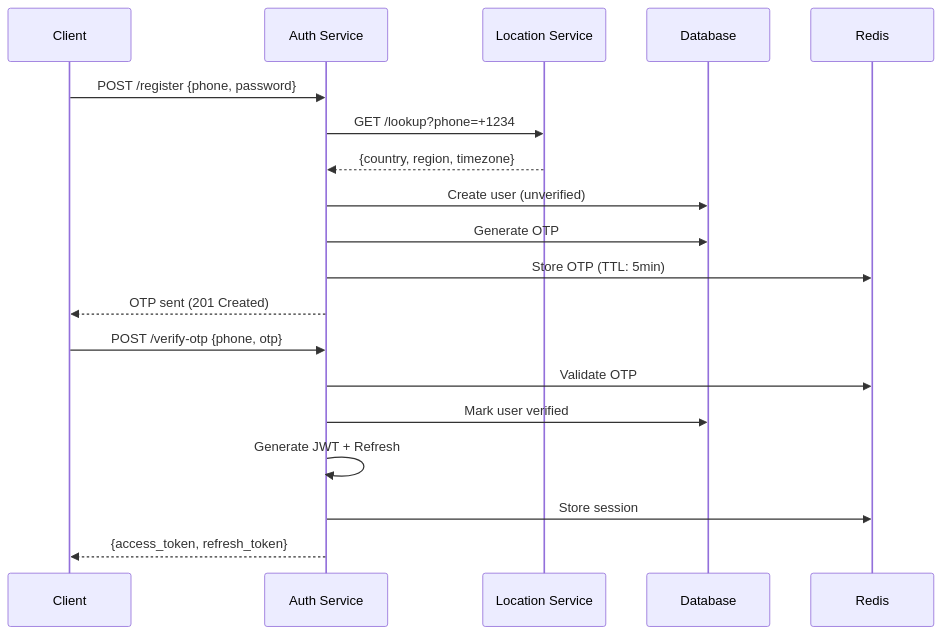
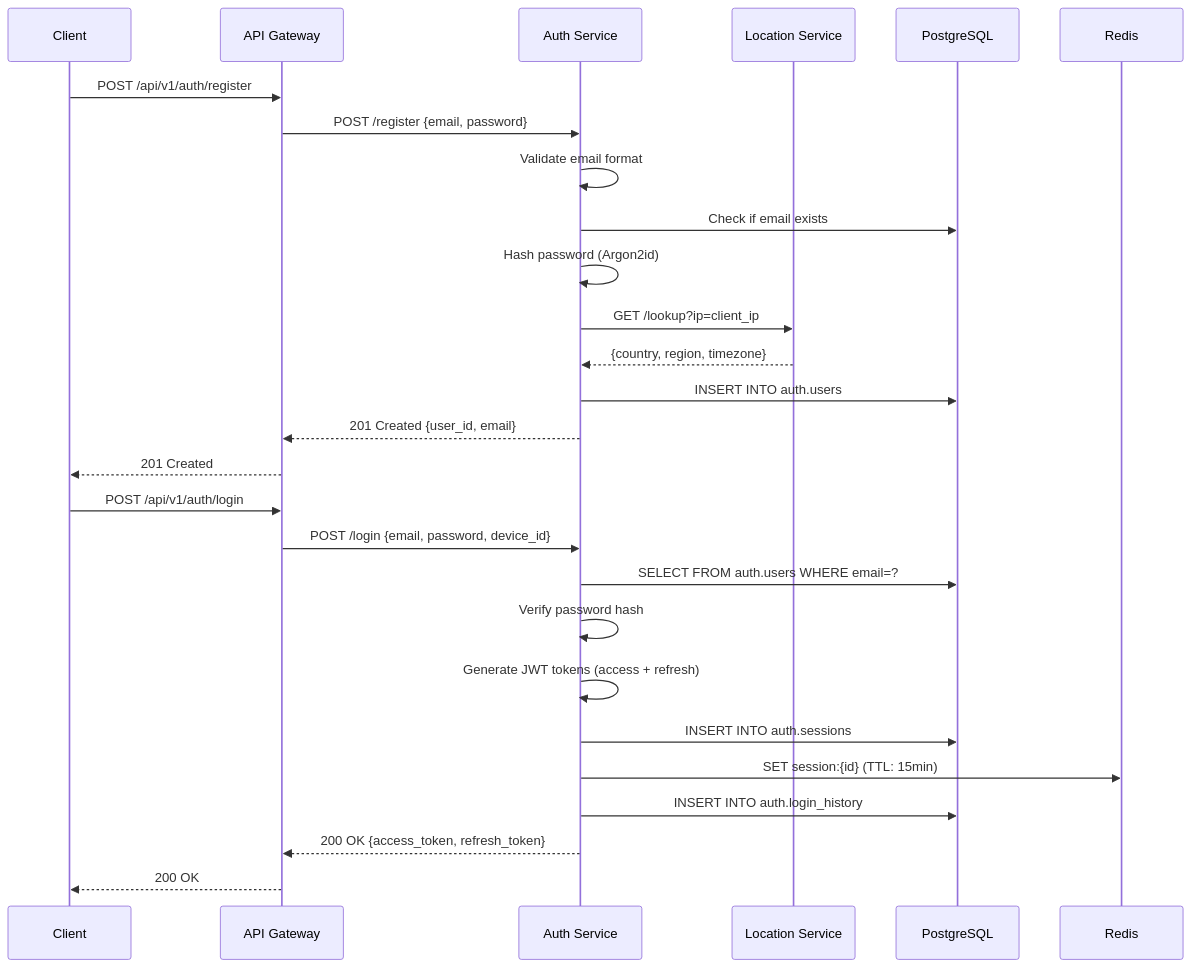
The second of 5 diagrams in docs/ARCHITECTURE.md (Dracula-101/echo-backend), drawn with Mermaid before and after one commit. The commit also changed other lines of this file and 9 other files, not shown here.

````diff
--- a/docs/ARCHITECTURE.md
+++ b/docs/ARCHITECTURE.md
@@ -146,23 +180,31 @@
 ```mermaid
 sequenceDiagram
     participant C as Client
+    participant G as API Gateway
     participant A as Auth Service
     participant L as Location Service
-    participant DB as Database
+    participant DB as PostgreSQL
     participant R as Redis
 
-    C->>A: POST /register {phone, password}
-    A->>L: GET /lookup?phone=+1234
+    C->>G: POST /api/v1/auth/register
+    G->>A: POST /register {email, password}
+    A->>A: Validate email format
+    A->>DB: Check if email exists
+    A->>A: Hash password (Argon2id)
+    A->>L: GET /lookup?ip=client_ip
     L-->>A: {country, region, timezone}
-    A->>DB: Create user (unverified)
-    A->>DB: Generate OTP
-    A->>R: Store OTP (TTL: 5min)
-    A-->>C: OTP sent (201 Created)
+    A->>DB: INSERT INTO auth.users
+    A-->>G: 201 Created {user_id, email}
+    G-->>C: 201 Created
 
-    C->>A: POST /verify-otp {phone, otp}
-    A->>R: Validate OTP
-    A->>DB: Mark user verified
-    A->>A: Generate JWT + Refresh
-    A->>R: Store session
-    A-->>C: {access_token, refresh_token}
+    C->>G: POST /api/v1/auth/login
+    G->>A: POST /login {email, password, device_id}
+    A->>DB: SELECT FROM auth.users WHERE email=?
+    A->>A: Verify password hash
+    A->>A: Generate JWT tokens (access + refresh)
+    A->>DB: INSERT INTO auth.sessions
+    A->>R: SET session:{id} (TTL: 15min)
+    A->>DB: INSERT INTO auth.login_history
+    A-->>G: 200 OK {access_token, refresh_token}
+    G-->>C: 200 OK
 ```
````
